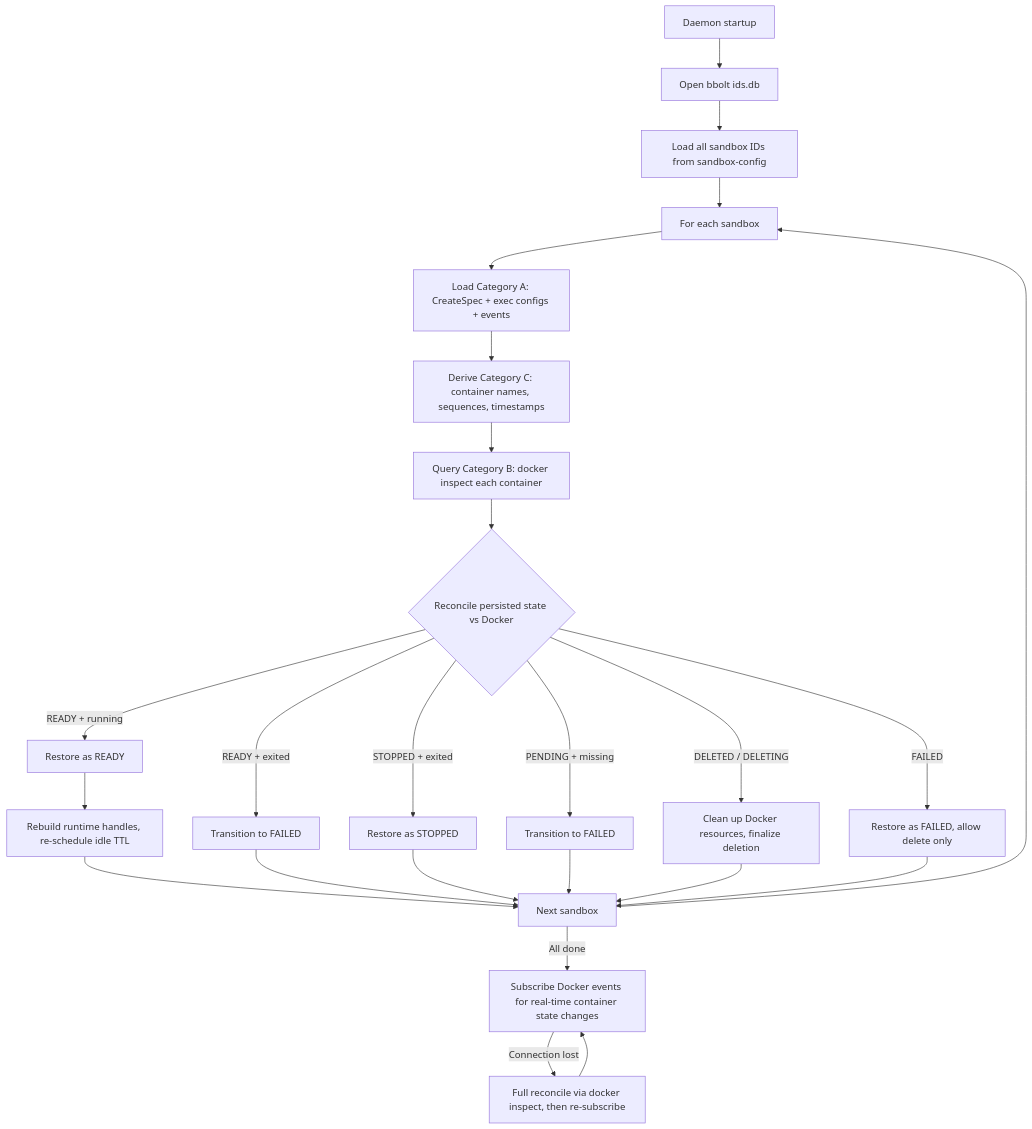
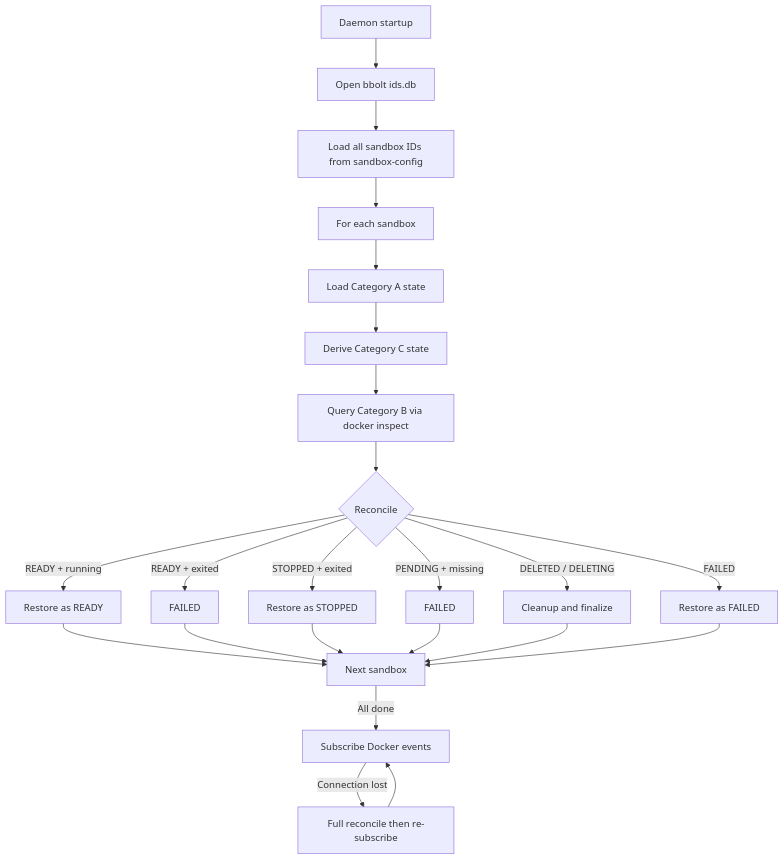
The diagram in docs/daemon_state_management.md (1996fanrui/agents-sandbox), drawn with Mermaid before and after one commit. The commit also changed other lines of this file and 12 other files, not shown here.

````diff
--- a/docs/daemon_state_management.md
+++ b/docs/daemon_state_management.md
@@ -76,31 +72,25 @@
 ```mermaid
 flowchart TD
     Start[Daemon startup] --> OpenDB[Open bbolt ids.db]
     OpenDB --> LoadIDs[Load all sandbox IDs from sandbox-config]
     LoadIDs --> ForEach[For each sandbox]
-
-    ForEach --> LoadA[Load Category A: CreateSpec + exec configs + events]
-    LoadA --> DeriveC[Derive Category C: container names, sequences, timestamps]
-    DeriveC --> QueryB[Query Category B: docker inspect each container]
-    QueryB --> Reconcile{Reconcile persisted state vs Docker}
-
+    ForEach --> LoadA[Load Category A state]
+    LoadA --> DeriveC[Derive Category C state]
+    DeriveC --> QueryB[Query Category B via docker inspect]
+    QueryB --> Reconcile{Reconcile}
     Reconcile -->|READY + running| RestoreReady[Restore as READY]
-    Reconcile -->|READY + exited| ToFailed[Transition to FAILED]
+    Reconcile -->|READY + exited| ToFailed[FAILED]
     Reconcile -->|STOPPED + exited| RestoreStopped[Restore as STOPPED]
-    Reconcile -->|PENDING + missing| ToFailed2[Transition to FAILED]
-    Reconcile -->|DELETED / DELETING| Cleanup[Clean up Docker resources, finalize deletion]
-    Reconcile -->|FAILED| RestoreFailed[Restore as FAILED, allow delete only]
-
-    RestoreReady --> RebuildHandles[Rebuild runtime handles, re-schedule idle TTL]
-    RebuildHandles --> Next[Next sandbox]
+    Reconcile -->|PENDING + missing| ToFailed2[FAILED]
+    Reconcile -->|DELETED / DELETING| Cleanup[Cleanup and finalize]
+    Reconcile -->|FAILED| RestoreFailed[Restore as FAILED]
+    RestoreReady --> Next[Next sandbox]
     ToFailed --> Next
     RestoreStopped --> Next
     ToFailed2 --> Next
     Cleanup --> Next
     RestoreFailed --> Next
-    Next --> ForEach
-
-    Next -->|All done| EventLoop[Subscribe Docker events for real-time container state changes]
-    EventLoop -->|Connection lost| FullReconcile[Full reconcile via docker inspect, then re-subscribe]
+    Next -->|All done| EventLoop[Subscribe Docker events]
+    EventLoop -->|Connection lost| FullReconcile[Full reconcile then re-subscribe]
     FullReconcile --> EventLoop
 ```
````
